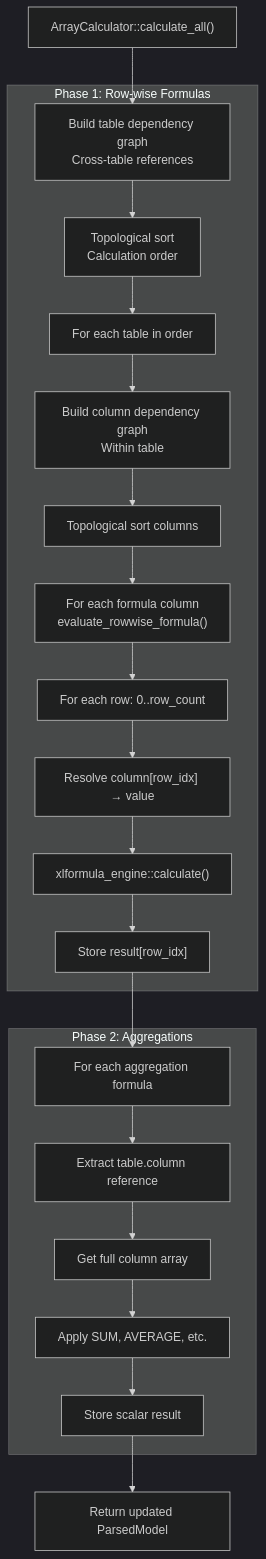
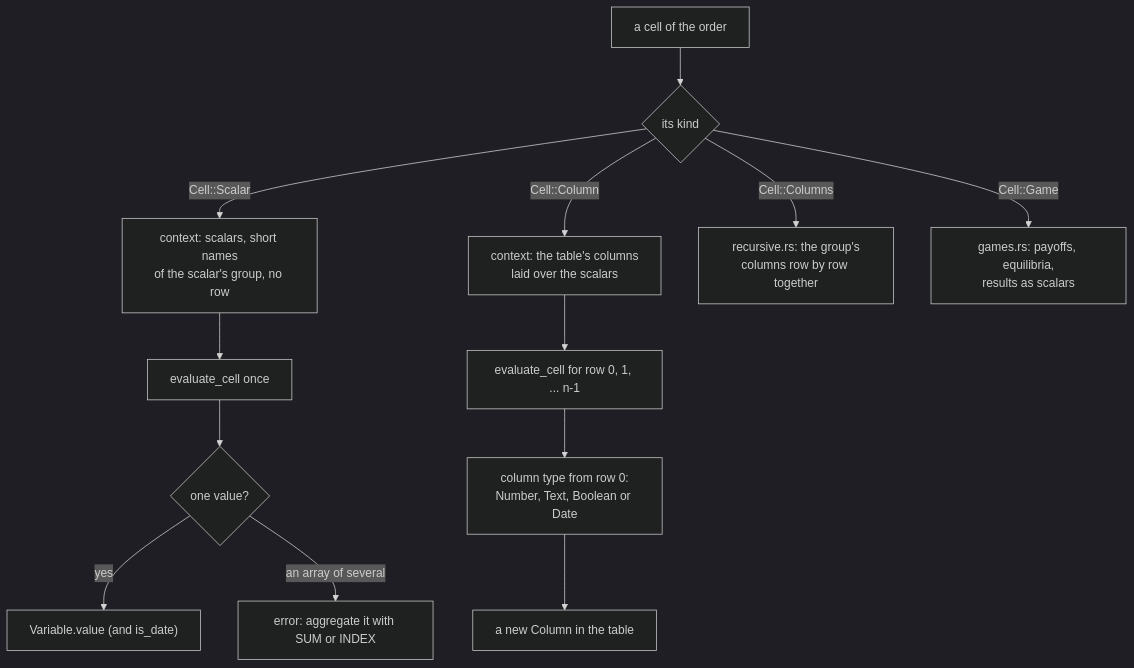
Before and after one commit to mollendorff-ai/forge: the third of 5 diagrams in docs/architecture/03-FORMULA-EVALUATION.md, drawn with Mermaid (dark theme). The commit also changed other lines of this file and 29 other files, not shown here.

First line of the commit message:
Rewrite the architecture docs from the code, with diagrams and a check

````diff
--- a/docs/architecture/03-FORMULA-EVALUATION.md
+++ b/docs/architecture/03-FORMULA-EVALUATION.md
@@ -54,44 +83,15 @@
 ```mermaid
-graph TB
-    Start["ArrayCalculator::calculate_all()"]
-
-    subgraph "Phase 1: Row-wise Formulas"
-        BuildTableGraph["Build table dependency graph<br/>Cross-table references"]
-        TopoSortTables["Topological sort<br/>Calculation order"]
-        LoopTables["For each table in order"]
-        BuildColGraph["Build column dependency graph<br/>Within table"]
-        TopoSortCols["Topological sort columns"]
-        EvalRowFormulas["For each formula column<br/>evaluate_rowwise_formula()"]
-        LoopRows["For each row: 0..row_count"]
-        ResolveVars["Resolve column[row_idx] → value"]
-        EvalFormula["xlformula_engine::calculate()"]
-        StoreResult["Store result[row_idx]"]
-    end
-
-    subgraph "Phase 2: Aggregations"
-        LoopAggs["For each aggregation formula"]
-        ExtractRef["Extract table.column reference"]
-        GetColumn["Get full column array"]
-        ApplyAgg["Apply SUM, AVERAGE, etc."]
-        StoreScalar["Store scalar result"]
-    end
-
-    Done["Return updated ParsedModel"]
-
-    Start --> BuildTableGraph
-    BuildTableGraph --> TopoSortTables
-    TopoSortTables --> LoopTables
-    LoopTables --> BuildColGraph
-    BuildColGraph --> TopoSortCols
-    TopoSortCols --> EvalRowFormulas
-    EvalRowFormulas --> LoopRows
-    LoopRows --> ResolveVars
-    ResolveVars --> EvalFormula
-    EvalFormula --> StoreResult
-    StoreResult --> LoopAggs
-    LoopAggs --> ExtractRef
-    ExtractRef --> GetColumn
-    GetColumn --> ApplyAgg
-    ApplyAgg --> StoreScalar
-    StoreScalar --> Done
+flowchart TB
+    cell["a cell of the order"] --> kind{"its kind"}
+    kind -- "Cell::Scalar" --> sctx["context: scalars, short names<br/>of the scalar's group, no row"]
+    sctx --> seval["evaluate_cell once"]
+    seval --> one{"one value?"}
+    one -- yes --> store1["Variable.value (and is_date)"]
+    one -- "an array of several" --> err1["error: aggregate it with SUM or INDEX"]
+    kind -- "Cell::Column" --> rctx["context: the table's columns<br/>laid over the scalars"]
+    rctx --> loop["evaluate_cell for row 0, 1, ... n-1"]
+    loop --> typ["column type from row 0:<br/>Number, Text, Boolean or Date"]
+    typ --> store2["a new Column in the table"]
+    kind -- "Cell::Columns" --> rec["recursive.rs: the group's<br/>columns row by row together"]
+    kind -- "Cell::Game" --> game["games.rs: payoffs, equilibria,<br/>results as scalars"]
 ```
````
